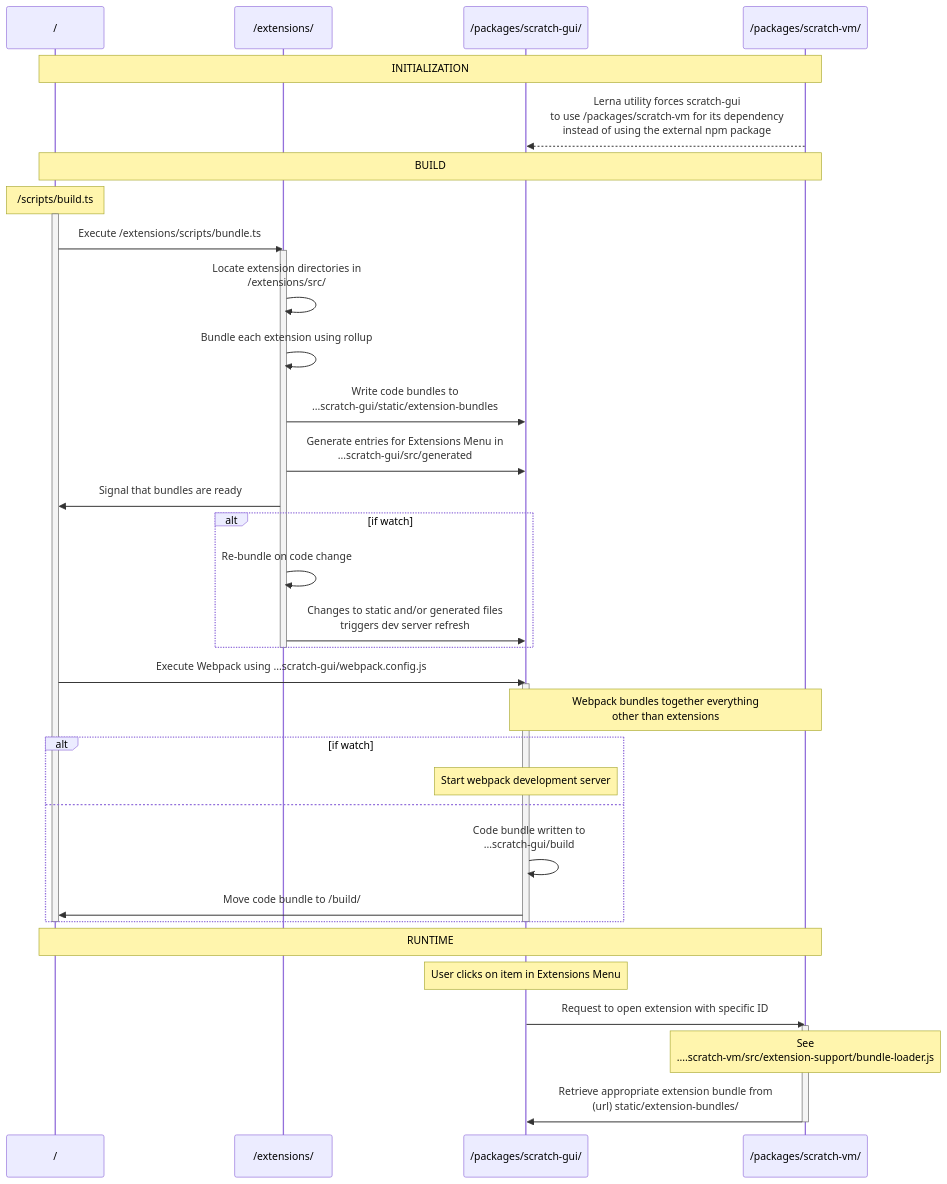
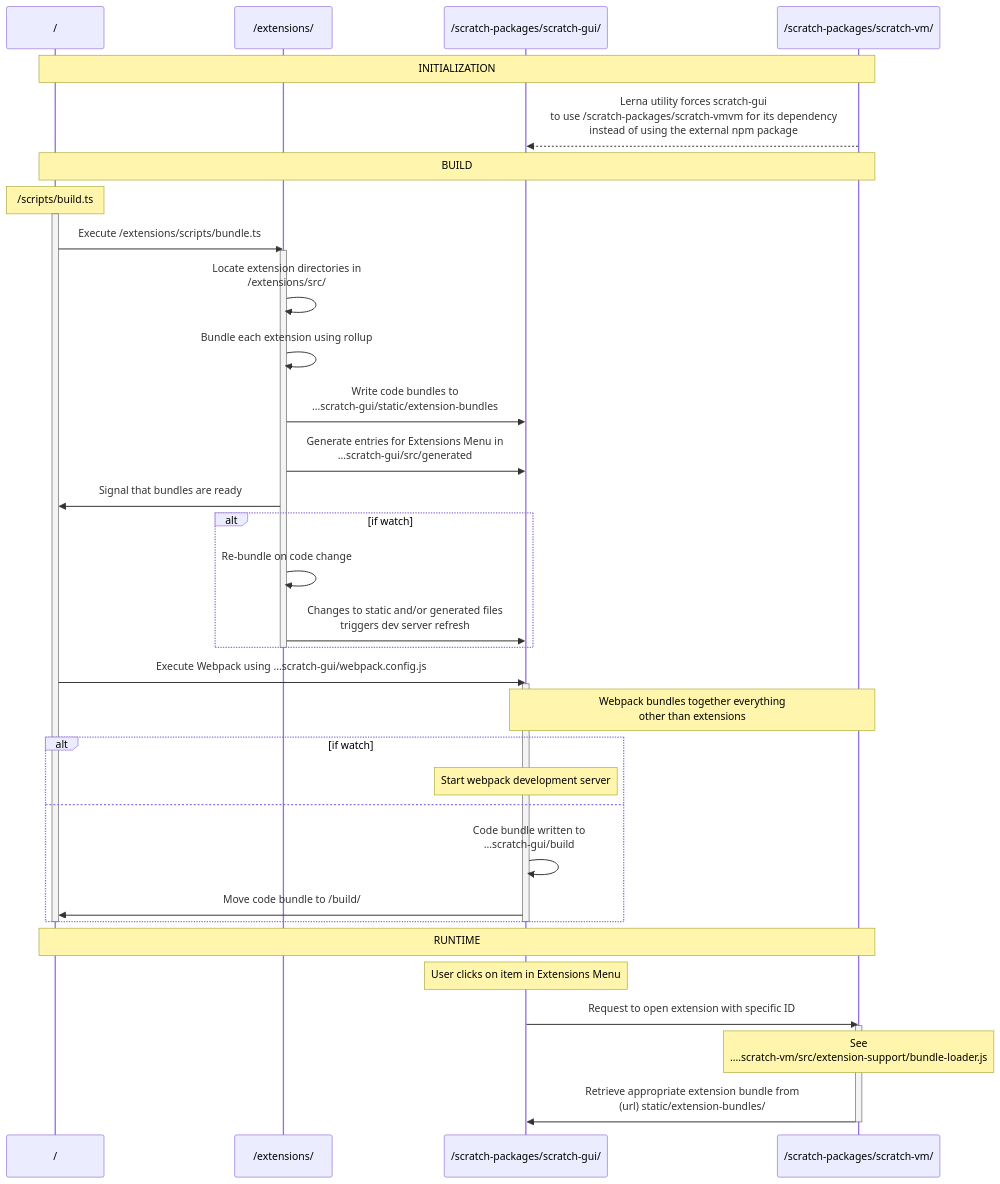
The diagram in extensions/README.md (mitmedialab/prg-raise-playground), drawn with Mermaid before and after one commit. The commit also changed other lines of this file and 1556 other files, not shown here.

````diff
--- a/extensions/README.md
+++ b/extensions/README.md
@@ -1498,42 +1498,42 @@
 ```mermaid
 sequenceDiagram
     participant root as /
     participant A as /extensions/
-    participant B as /packages/scratch-gui/
-    participant C as /packages/scratch-vm/
+    participant B as /scratch-packages/scratch-gui/
+    participant C as /scratch-packages/scratch-vm/
     Note over root,C: INITIALIZATION
-    C-->>B: Lerna utility forces scratch-gui <br>to use /packages/scratch-vm for its dependency <br>instead of using the external npm package
+    C-->>B: Lerna utility forces scratch-gui <br>to use /scratch-packages/scratch-vmvm for its dependency <br>instead of using the external npm package
     Note over root,C: BUILD
     Note over root: /scripts/build.ts
     activate root
     root->>A: Execute /extensions/scripts/bundle.ts
     activate A
     A->>A: Locate extension directories in <br> /extensions/src/
     A->>A: Bundle each extension using rollup
     A->>B: Write code bundles to <br> ...scratch-gui/static/extension-bundles
     A->>B: Generate entries for Extensions Menu in <br>...scratch-gui/src/generated
     A->>root: Signal that bundles are ready
     alt if watch
         A->>A: Re-bundle on code change
         A->>B: Changes to static and/or generated files <br>triggers dev server refresh
     end
     deactivate A
     root->>B: Execute Webpack using ...scratch-gui/webpack.config.js
     activate B
     Note over B,C: Webpack bundles together everything <br>other than extensions
     alt if watch
         Note over B: Start webpack development server
     else 
         B->>B: Code bundle written to <br>...scratch-gui/build
         B->>root: Move code bundle to /build/
     end
     deactivate B
     deactivate root
     Note over root,C: RUNTIME
     Note over B: User clicks on item in Extensions Menu
     B->>C: Request to open extension with specific ID
     activate C
     Note over C: See <br>....scratch-vm/src/extension-support/bundle-loader.js
     C->>B: Retrieve appropriate extension bundle from <br> (url) static/extension-bundles/
     deactivate C
 ```
````
